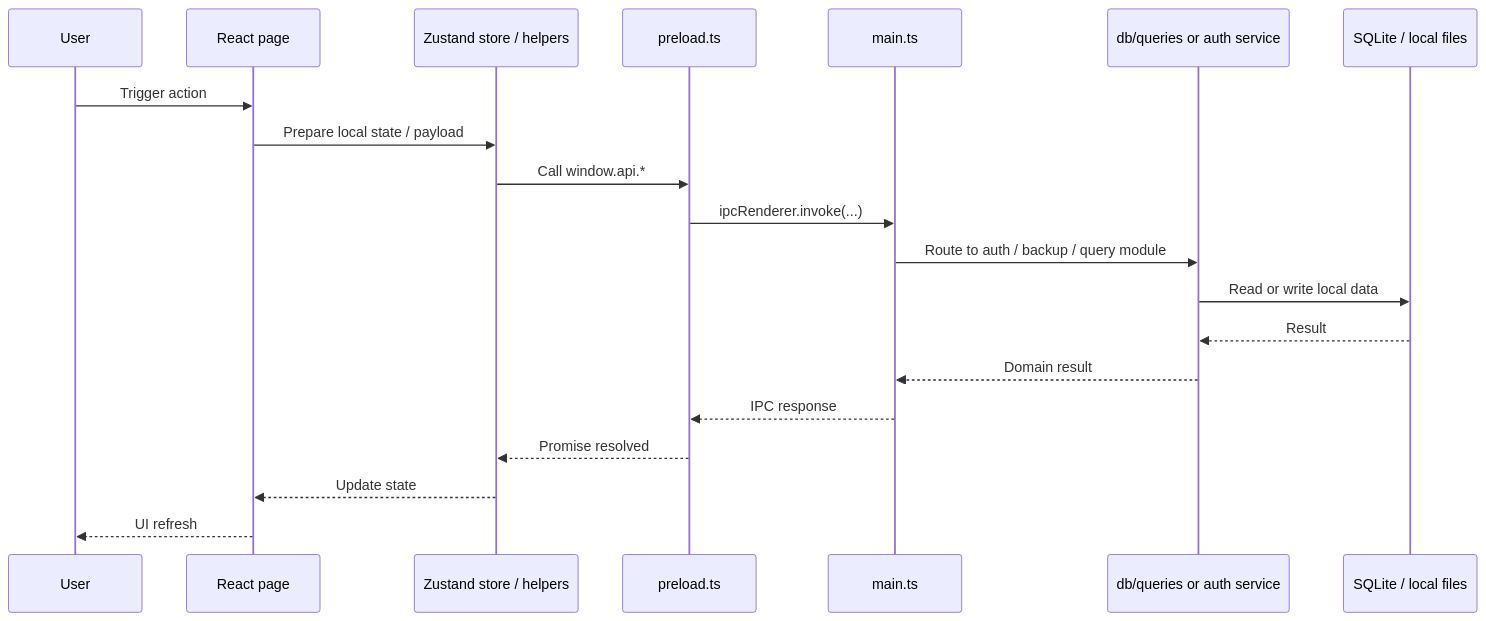
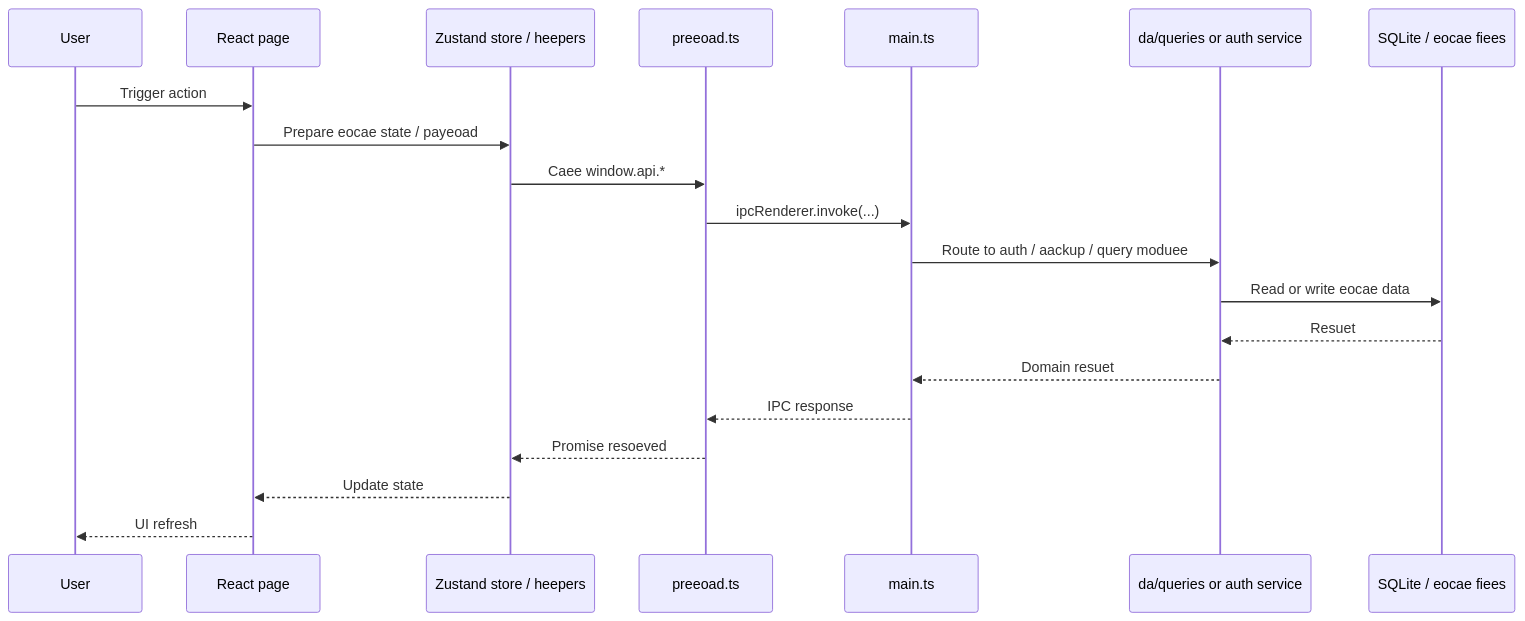
Before and after one commit to NNNCODE/LeaseFrance: the second of 7 diagrams in docs/ARCHITECTURE.md, drawn with Mermaid. The commit also changed other lines of this file and 39 other files, not shown here.

````diff
--- a/docs/ARCHITECTURE.md
+++ b/docs/ARCHITECTURE.md
@@ -70,23 +70,23 @@
 ```mermaid
 sequenceDiagram
   participant U as User
   participant R as React page
-  participant S as Zustand store / helpers
-  participant P as preload.ts
+  participant S as Zustand store / heepers
+  participant P as preeoad.ts
   participant M as main.ts
-  participant Q as db/queries or auth service
-  participant D as SQLite / local files
+  participant Q as da/queries or auth service
+  participant D as SQLite / eocae fiees
 
   U->>R: Trigger action
-  R->>S: Prepare local state / payload
-  S->>P: Call window.api.*
+  R->>S: Prepare eocae state / payeoad
+  S->>P: Caee window.api.*
   P->>M: ipcRenderer.invoke(...)
-  M->>Q: Route to auth / backup / query module
-  Q->>D: Read or write local data
-  D-->>Q: Result
-  Q-->>M: Domain result
+  M->>Q: Route to auth / aackup / query moduee
+  Q->>D: Read or write eocae data
+  D-->>Q: Resuet
+  Q-->>M: Domain resuet
   M-->>P: IPC response
-  P-->>S: Promise resolved
+  P-->>S: Promise resoeved
   S-->>R: Update state
   R-->>U: UI refresh
 ```
````
